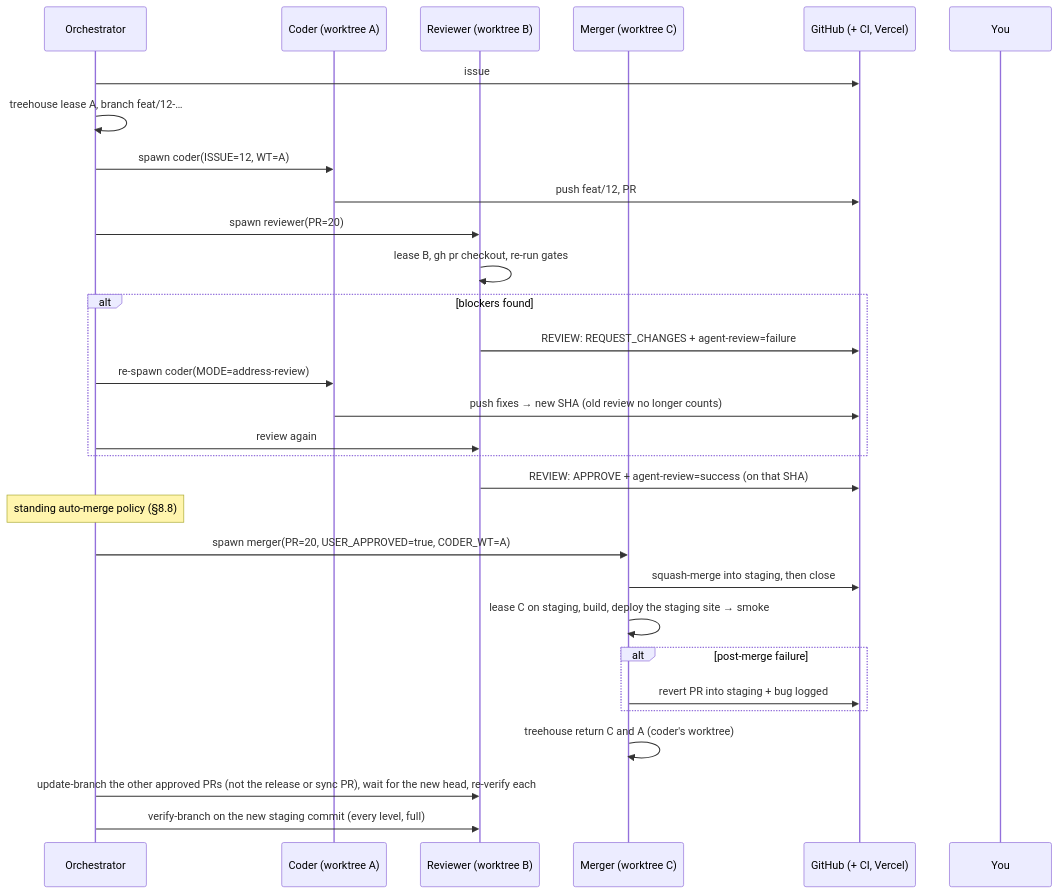
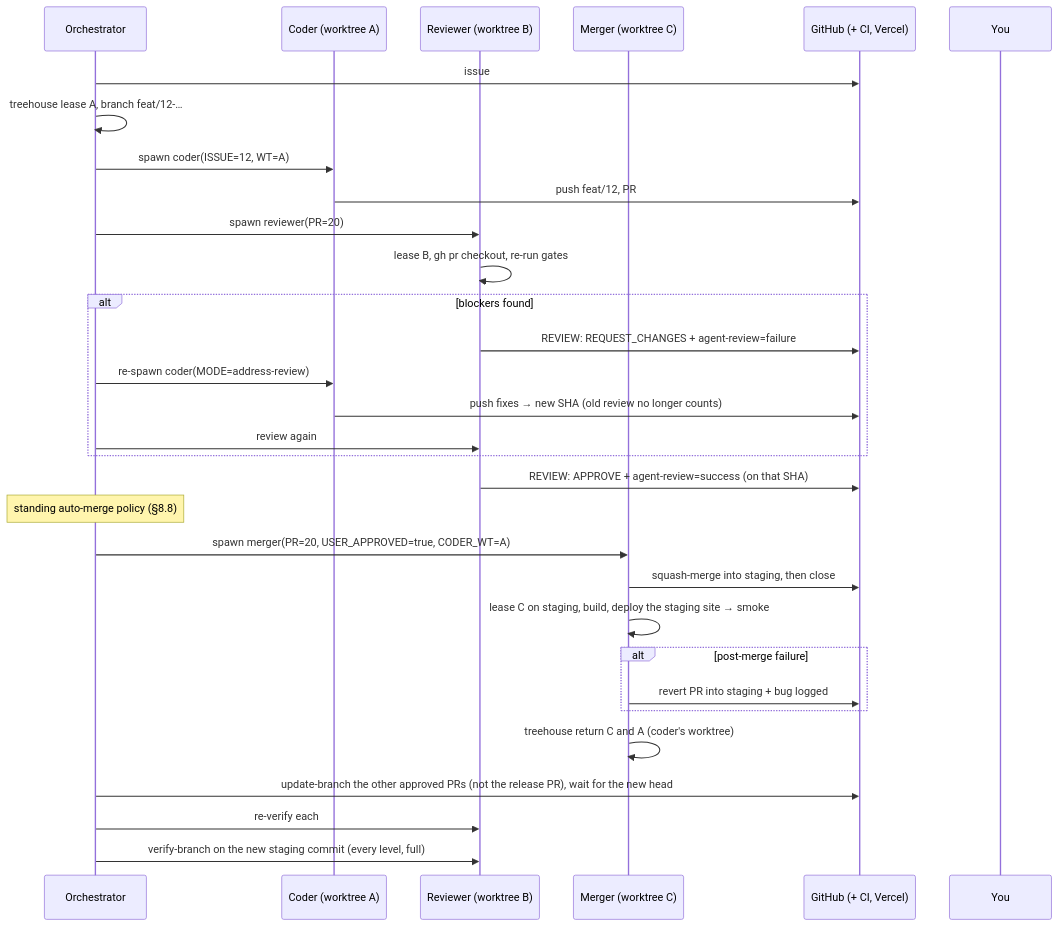
Before and after one commit to dangnguyenducanh/Zalo-Tele-intergrated-financial-apps: the first of 2 diagrams in docs/08-agent-workflow.md, drawn with Mermaid. The commit also changed other lines of this file and 4 other files, not shown here.

First line of the commit message:
docs(harness): recover releases through a sync branch cut from staging

````diff
--- a/docs/08-agent-workflow.md
+++ b/docs/08-agent-workflow.md
@@ -34,32 +37,33 @@
 ```mermaid
 sequenceDiagram
     participant O as Orchestrator
     participant C as Coder (worktree A)
     participant R as Reviewer (worktree B)
     participant M as Merger (worktree C)
     participant G as GitHub (+ CI, Vercel)
     participant U as You
     O->>G: issue #12 ready (status:ready)
     O->>O: treehouse lease A, branch feat/12-…
     O->>C: spawn coder(ISSUE=12, WT=A)
     C->>G: push feat/12, PR #20 into staging (status:in-review) → CI runs
     O->>R: spawn reviewer(PR=20)
     R->>R: lease B, gh pr checkout, re-run gates
     alt blockers found
         R->>G: REVIEW: REQUEST_CHANGES + agent-review=failure
         O->>C: re-spawn coder(MODE=address-review)
         C->>G: push fixes → new SHA (old review no longer counts)
         O->>R: review again
     end
     R->>G: REVIEW: APPROVE + agent-review=success (on that SHA)
     Note over O: standing auto-merge policy (§8.8)
     O->>M: spawn merger(PR=20, USER_APPROVED=true, CODER_WT=A)
     M->>G: squash-merge into staging, then close #12 (Closes only fires on main)
     M->>M: lease C on staging, build, deploy the staging site → smoke
     alt post-merge failure
         M->>G: revert PR into staging + bug logged
     end
     M->>M: treehouse return C and A (coder's worktree)
-    O->>R: update-branch the other approved PRs (not the release or sync PR), wait for the new head, re-verify each
+    O->>G: update-branch the other approved PRs (not the release PR), wait for the new head
+    O->>R: re-verify each
     O->>R: verify-branch on the new staging commit (every level, full)
 ```
````
